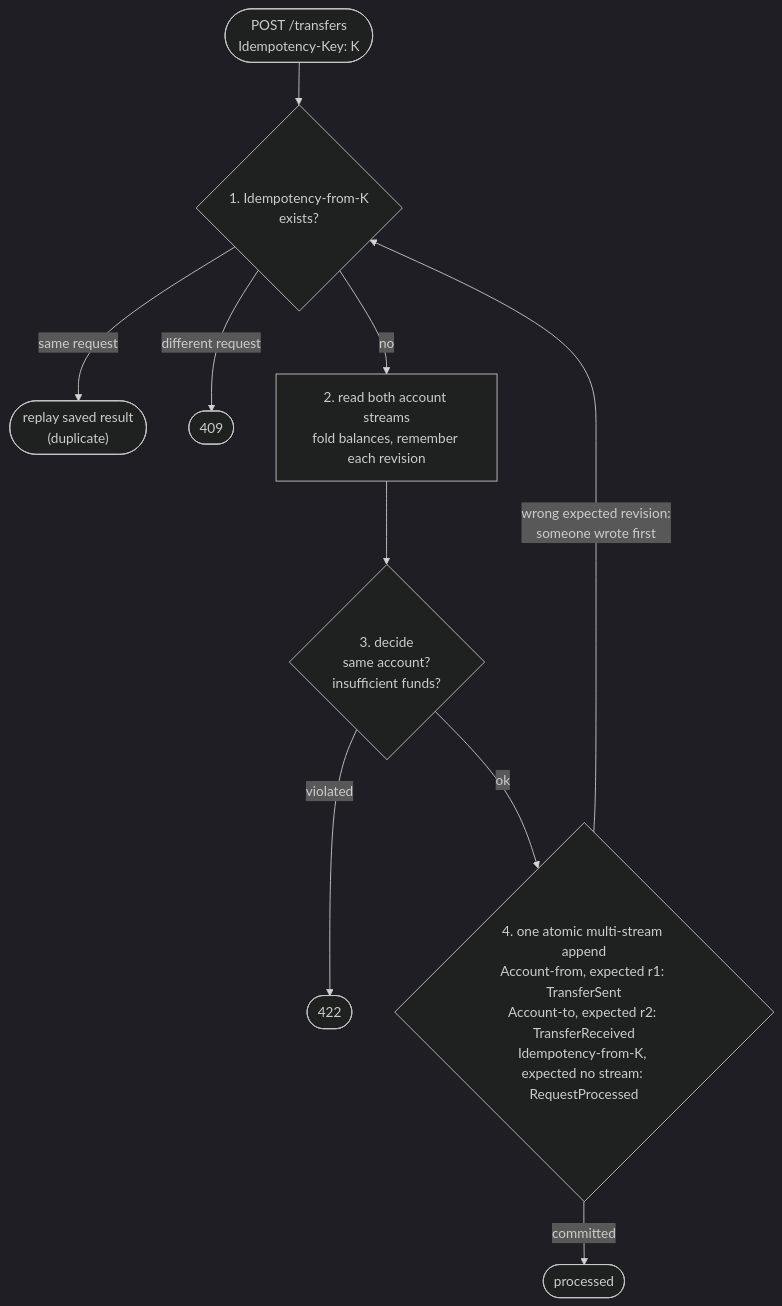
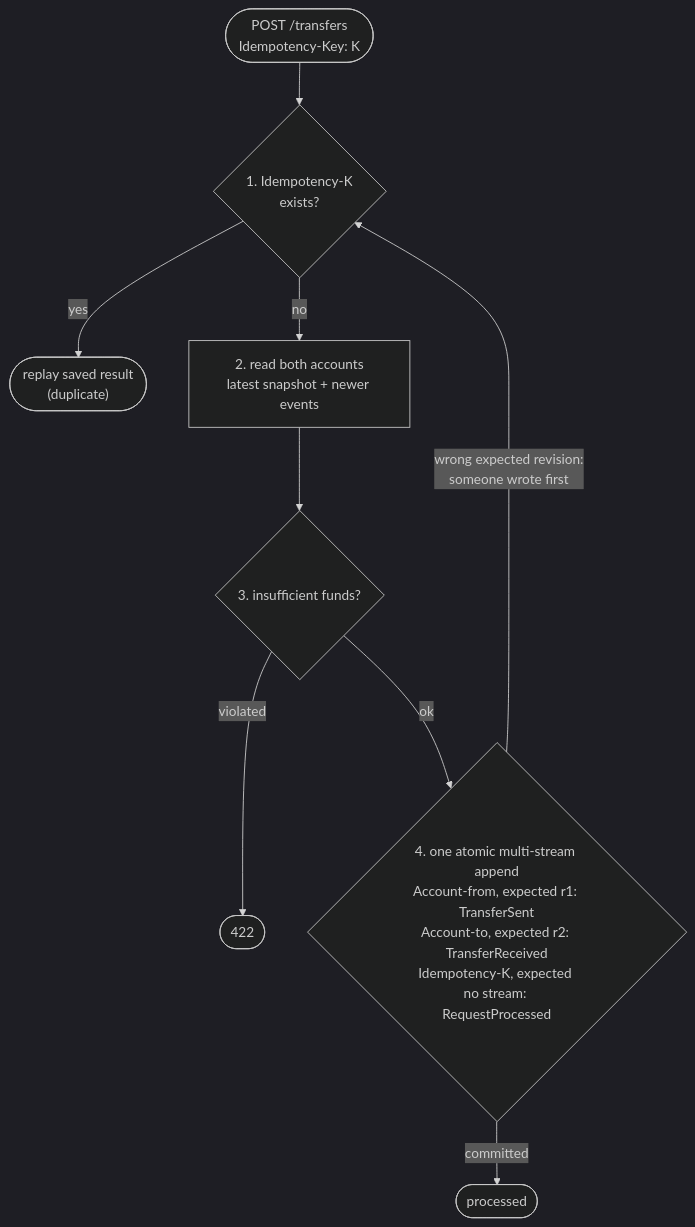
One commit to gianluca-pettenon/idempotent-ledger changed the third of 3 diagrams in README.md. Above: the diagram before and after it, drawn with Mermaid (dark theme). The commit also changed other lines of this file and 24 other files, not shown here.

````diff
--- a/README.md
+++ b/README.md
@@ -80,22 +80,20 @@
 ```mermaid
 flowchart TD
     start(["POST /transfers<br/>Idempotency-Key: K"])
-    key{"1. Idempotency-from-K<br/>exists?"}
+    key{"1. Idempotency-K<br/>exists?"}
     replay(["replay saved result<br/>(duplicate)"])
-    conflict(["409"])
-    read["2. read both account streams<br/>fold balances, remember each revision"]
-    decide{"3. decide<br/>same account?<br/>insufficient funds?"}
+    read["2. read both accounts<br/>latest snapshot + newer events"]
+    decide{"3. insufficient funds?"}
     invalid(["422"])
-    append{"4. one atomic multi-stream append<br/>Account-from, expected r1: TransferSent<br/>Account-to, expected r2: TransferReceived<br/>Idempotency-from-K, expected no stream: RequestProcessed"}
+    append{"4. one atomic multi-stream append<br/>Account-from, expected r1: TransferSent<br/>Account-to, expected r2: TransferReceived<br/>Idempotency-K, expected no stream: RequestProcessed"}
     done(["processed"])
 
     start --> key
-    key -- "same request" --> replay
-    key -- "different request" --> conflict
+    key -- "yes" --> replay
     key -- "no" --> read
     read --> decide
     decide -- "violated" --> invalid
     decide -- "ok" --> append
     append -- "committed" --> done
     append -- "wrong expected revision:<br/>someone wrote first" --> key
 ```
````
